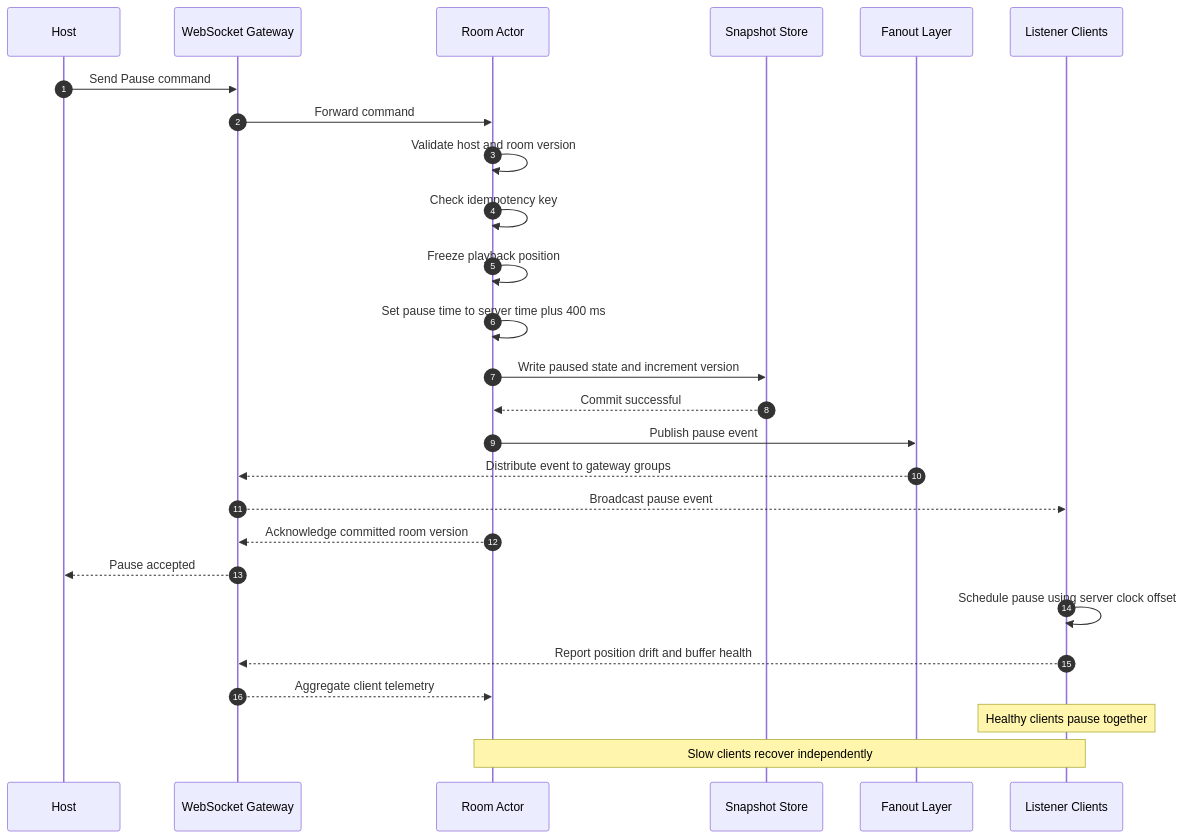
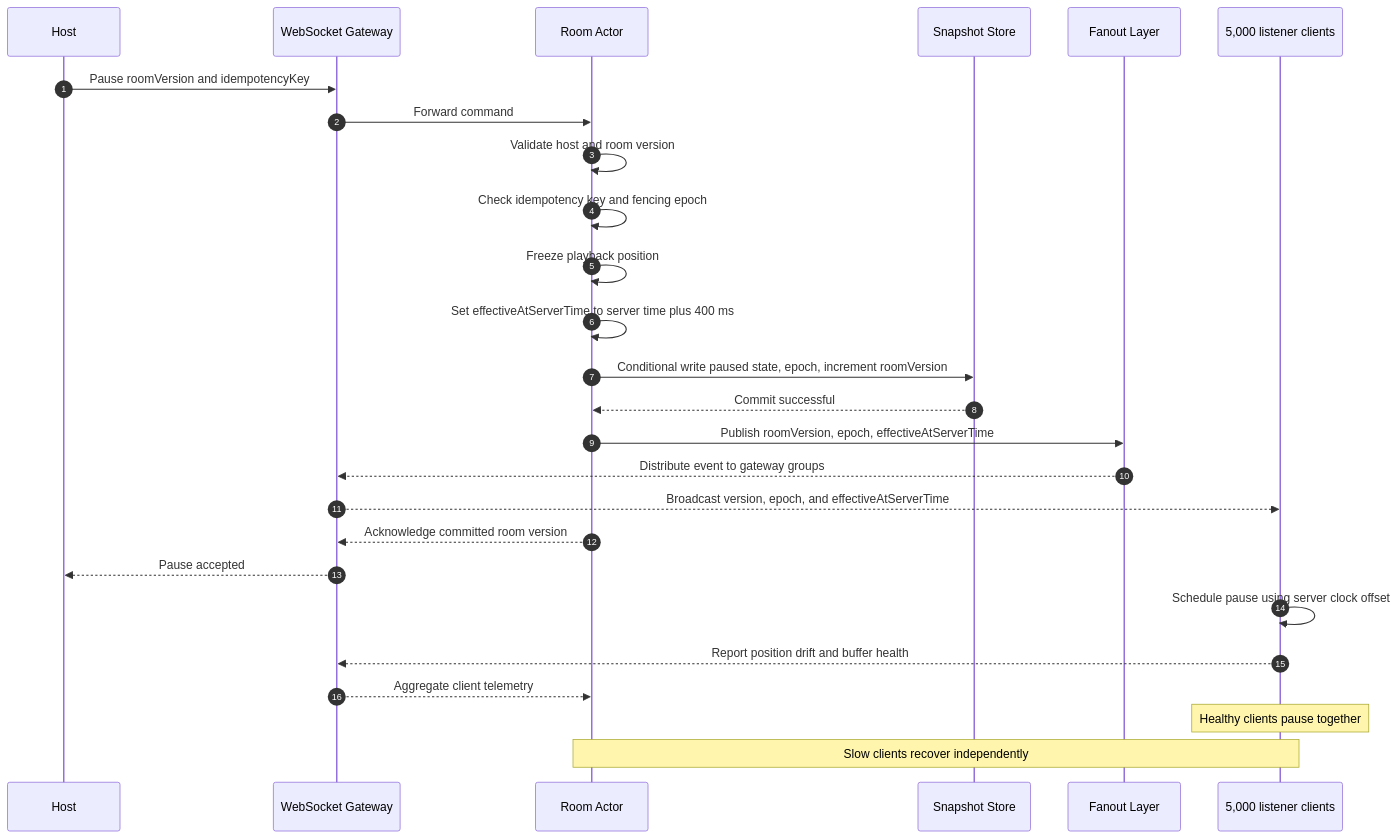
The diagram in question-2/docs/diagrams/host-pause.mmd (soumyarajbag/Sapien-Robotics-Assessment), drawn with Mermaid before and after one commit. The commit also changed 2 other files, not shown here.

Commit message:
docs(question-2): align architecture and pause diagrams

```diff
--- a/question-2/docs/diagrams/host-pause.mmd
+++ b/question-2/docs/diagrams/host-pause.mmd
@@ -1,33 +1,33 @@
 
 sequenceDiagram
     autonumber
     participant H as Host
     participant G as WebSocket Gateway
     participant A as Room Actor
     participant S as Snapshot Store
     participant F as Fanout Layer
-    participant L as Listener Clients
+    participant L as 5,000 listener clients
 
-    H->>G: Send Pause command
+    H->>G: Pause roomVersion and idempotencyKey
     G->>A: Forward command
     A->>A: Validate host and room version
-    A->>A: Check idempotency key
+    A->>A: Check idempotency key and fencing epoch
     A->>A: Freeze playback position
-    A->>A: Set pause time to server time plus 400 ms
+    A->>A: Set effectiveAtServerTime to server time plus 400 ms
 
-    A->>S: Write paused state and increment version
+    A->>S: Conditional write paused state, epoch, increment roomVersion
     S-->>A: Commit successful
 
-    A->>F: Publish pause event
+    A->>F: Publish roomVersion, epoch, effectiveAtServerTime
     F-->>G: Distribute event to gateway groups
-    G-->>L: Broadcast pause event
+    G-->>L: Broadcast version, epoch, and effectiveAtServerTime
 
     A-->>G: Acknowledge committed room version
     G-->>H: Pause accepted
 
     L->>L: Schedule pause using server clock offset
     L-->>G: Report position drift and buffer health
     G-->>A: Aggregate client telemetry
 
     Note over L: Healthy clients pause together
     Note over A,L: Slow clients recover independently
```
